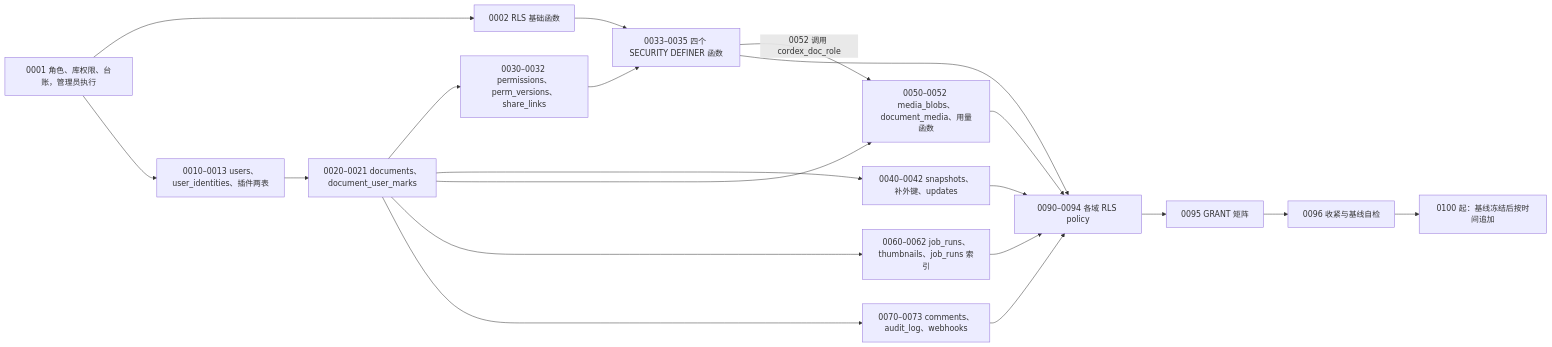
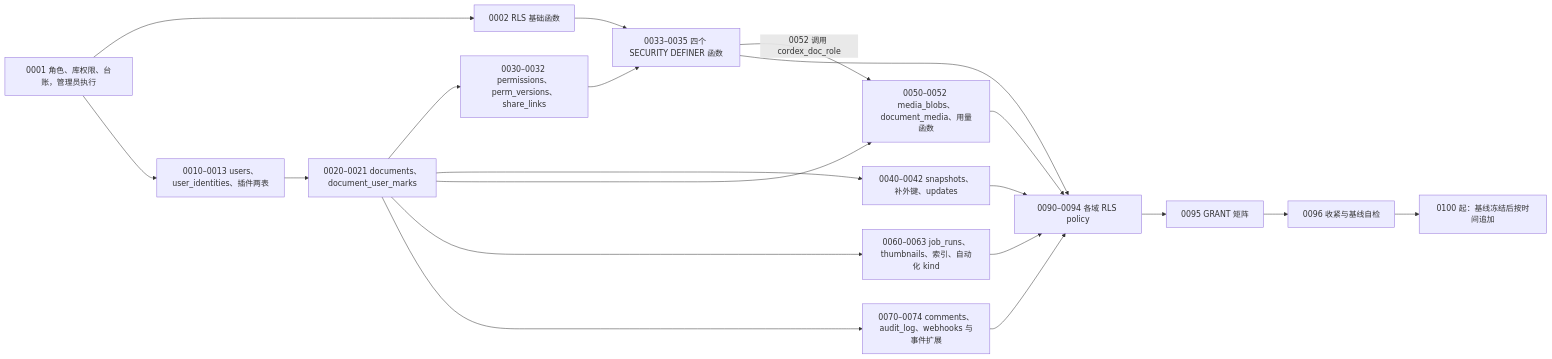
One commit to Xeonice/cordis-ppt-editor changed the sixth of 7 diagrams in docs/60-backend/08-db-conventions-roles-rls-migrations.md. Above: the diagram before and after it, drawn with Mermaid. The commit also changed other lines of this file and 16 other files, not shown here.

````diff
--- a/docs/60-backend/08-db-conventions-roles-rls-migrations.md
+++ b/docs/60-backend/08-db-conventions-roles-rls-migrations.md
@@ -523,22 +523,22 @@
 ```mermaid
 flowchart LR
   m0001["0001 角色、库权限、台账，管理员执行"] --> m0002["0002 RLS 基础函数"]
   m0001 --> m0010["0010–0013 users、user_identities、插件两表"]
   m0010 --> m0020["0020–0021 documents、document_user_marks"]
   m0020 --> m0030["0030–0032 permissions、perm_versions、share_links"]
   m0030 --> m0033["0033–0035 四个 SECURITY DEFINER 函数"]
   m0002 --> m0033
   m0020 --> m0040["0040–0042 snapshots、补外键、updates"]
   m0020 --> m0050["0050–0052 media_blobs、document_media、用量函数"]
   m0033 -- "0052 调用 cordex_doc_role" --> m0050
-  m0020 --> m0060["0060–0062 job_runs、thumbnails、job_runs 索引"]
-  m0020 --> m0070["0070–0073 comments、audit_log、webhooks"]
+  m0020 --> m0060["0060–0063 job_runs、thumbnails、索引、自动化 kind"]
+  m0020 --> m0070["0070–0074 comments、audit_log、webhooks 与事件扩展"]
   m0033 --> rls["0090–0094 各域 RLS policy"]
   m0040 --> rls
   m0050 --> rls
   m0060 --> rls
   m0070 --> rls
   rls --> m0095["0095 GRANT 矩阵"]
   m0095 --> m0096["0096 收紧与基线自检"]
   m0096 --> later["0100 起：基线冻结后按时间追加"]
 ```
````
